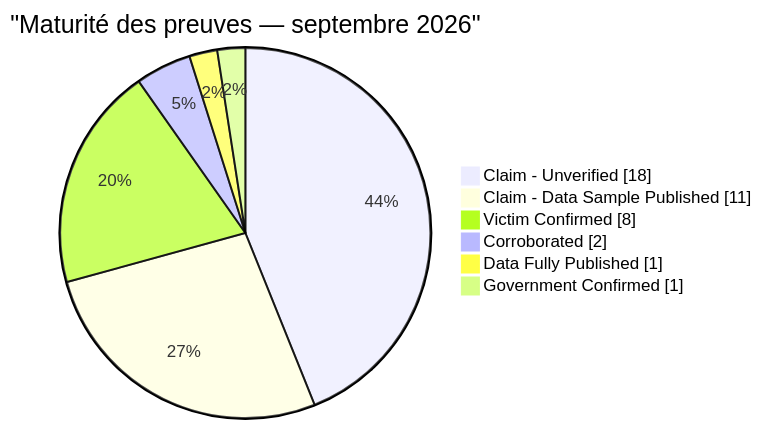
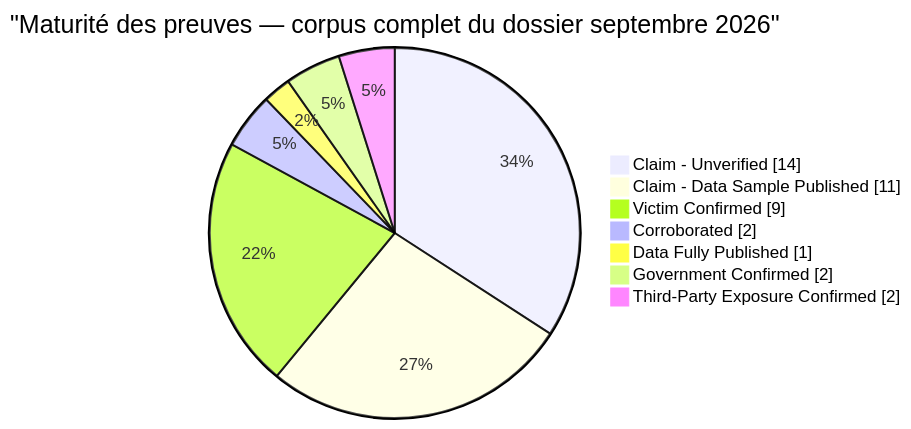
One commit to Hatchepsoute/AFRINTEL changed the eighth of 10 diagrams in CyberAttackAfrica/2026/09-september/README_FR.md. Above: the diagram before and after it, drawn with Mermaid. The commit also changed other lines of this file and 30 other files, not shown here.

````diff
--- a/CyberAttackAfrica/2026/09-september/README_FR.md
+++ b/CyberAttackAfrica/2026/09-september/README_FR.md
@@ -172,10 +225,11 @@
 ```mermaid
 pie showData
-    title "Maturité des preuves — septembre 2026"
-    "Claim - Unverified" : 18
+    title "Maturité des preuves — corpus complet du dossier septembre 2026"
+    "Claim - Unverified" : 14
     "Claim - Data Sample Published" : 11
-    "Victim Confirmed" : 8
+    "Victim Confirmed" : 9
     "Corroborated" : 2
     "Data Fully Published" : 1
-    "Government Confirmed" : 1
+    "Government Confirmed" : 2
+    "Third-Party Exposure Confirmed" : 2
 ```
````
